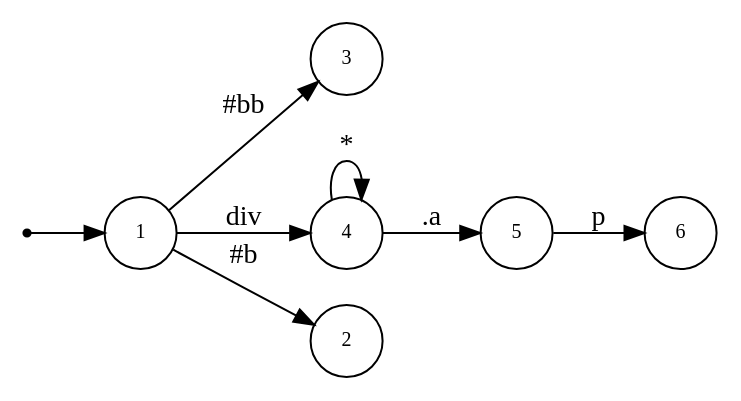
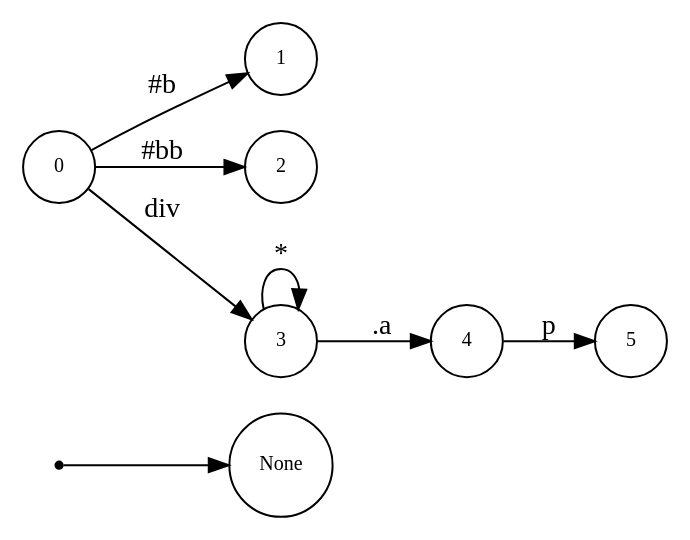
Before and after one commit to asukaminato0721/css-bitvector-compiler: the diagram in css-gen-op/testcase/dot.dot, drawn with Graphviz. The commit also changed 19 other files, not shown here.

```diff
--- a/css-gen-op/testcase/dot.dot
+++ b/css-gen-op/testcase/dot.dot
@@ -1,19 +1,19 @@
 digraph NFA {
   rankdir=LR;
   node [shape=circle, fontsize=10];
   __start [shape=point, label=""];
-  __start -> 1;
-  6 [label="6"];
+  __start -> None;
+  0 [label="0"];
   1 [label="1"];
-  5 [label="5"];
+  2 [label="2"];
   3 [label="3"];
   4 [label="4"];
-  2 [label="2"];
-  { node [shape=doublecircle]; 2 3 6 }
-  1 -> 2 [label="#b"];
-  1 -> 3 [label="#bb"];
-  1 -> 4 [label="div"];
-  4 -> 4 [label="*"];
-  4 -> 5 [label=".a"];
-  5 -> 6 [label="p"];
+  5 [label="5"];
+  { node [shape=doublecircle]; 1 2 5 }
+  0 -> 1 [label="#b"];
+  0 -> 2 [label="#bb"];
+  0 -> 3 [label="div"];
+  3 -> 3 [label="*"];
+  3 -> 4 [label=".a"];
+  4 -> 5 [label="p"];
 }
```
